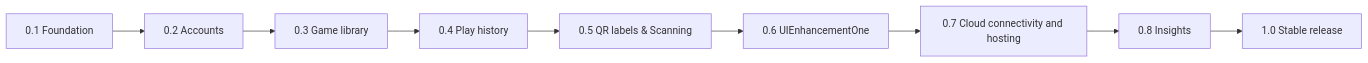
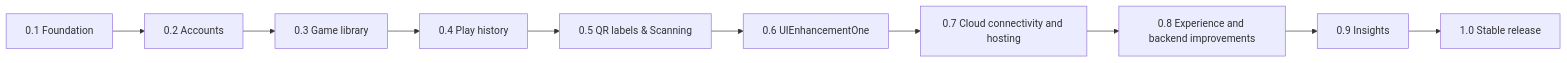
One commit to eddieSkywalker/TrackMyBoardGames changed the diagram in BUILD_PLAN.md. Above: the diagram before and after it, drawn with Mermaid. The commit also changed other lines of this file, not shown here.

Commit message:
docs: add UI and backend improvements milestone

````diff
--- a/BUILD_PLAN.md
+++ b/BUILD_PLAN.md
@@ -56,11 +57,12 @@
 ```mermaid
 flowchart LR
     V01["0.1 Foundation"] --> V02["0.2 Accounts"]
     V02 --> V03["0.3 Game library"]
     V03 --> V04["0.4 Play history"]
     V04 --> V05["0.5 QR labels & Scanning"]
     V05 --> V06["0.6 UIEnhancementOne"]
     V06 --> V07["0.7 Cloud connectivity and hosting"]
-    V07 --> V08["0.8 Insights"]
-    V08 --> V10["1.0 Stable release"]
+    V07 --> V08["0.8 Experience and backend improvements"]
+    V08 --> V09["0.9 Insights"]
+    V09 --> V10["1.0 Stable release"]
 ```
````
